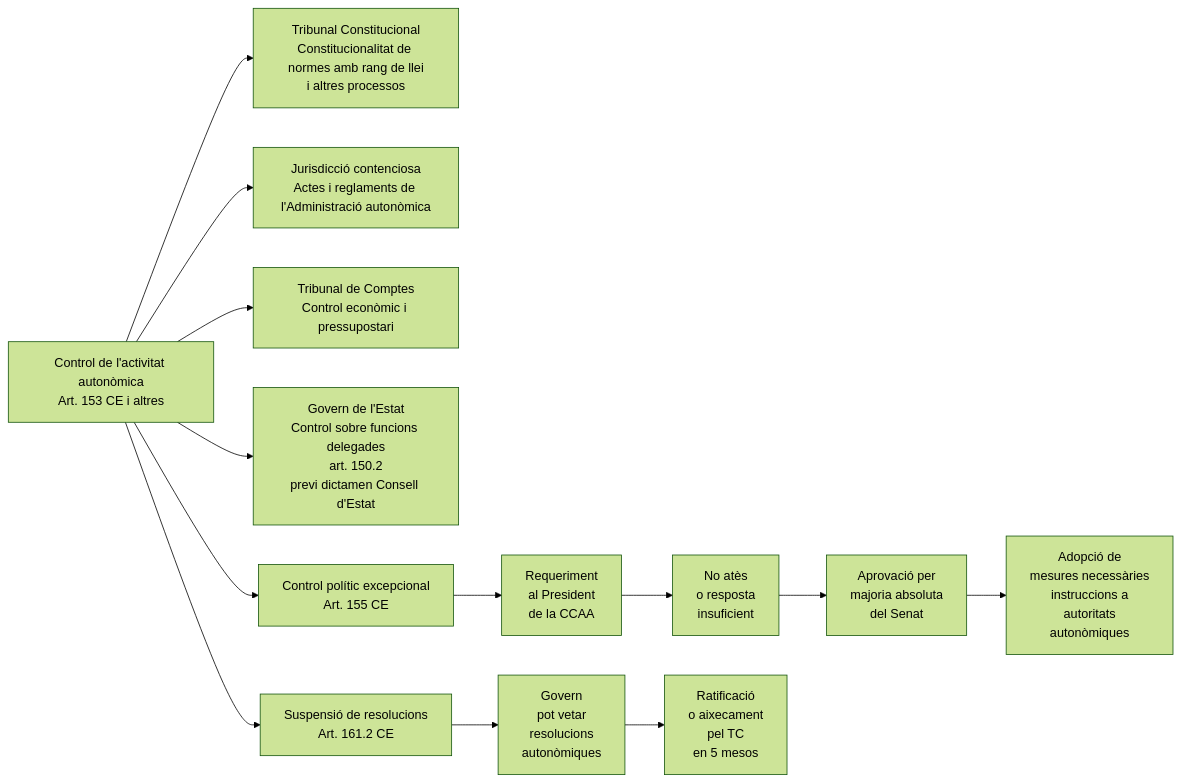
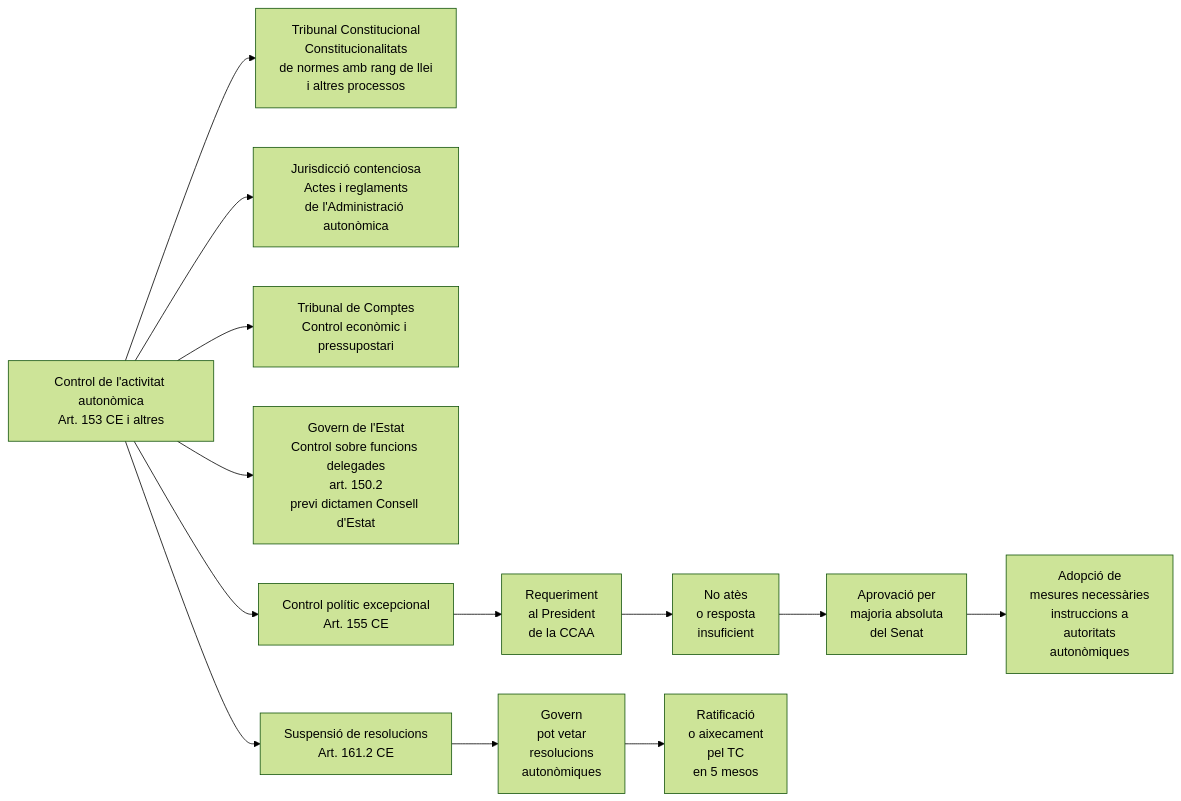
Before and after one commit to alexmorato/sticdopos: the seventh of 8 diagrams in apunts_new/T08/T08-Apunts-Xavi-Diagrames-deepseek.md, drawn with Mermaid (forest theme). The commit also changed other lines of this file and 3 other files, not shown here.

````diff
--- a/apunts_new/T08/T08-Apunts-Xavi-Diagrames-deepseek.md
+++ b/apunts_new/T08/T08-Apunts-Xavi-Diagrames-deepseek.md
@@ -179,17 +179,17 @@
 ```mermaid
 flowchart LR
-    Control[Control de l'activitat autonòmica<br>Art. 153 CE i altres] --> TC[Tribunal Constitucional<br>Constitucionalitat de normes amb rang de llei<br>i altres processos]
-    Control --> Contenciós[Jurisdicció contenciosa<br>Actes i reglaments de l'Administració autonòmica]
+    Control[Control de l'activitat autonòmica<br>Art. 153 CE i altres] --> TC[Tribunal Constitucional<br>Constitucionalitats<br>de normes amb rang de llei<br>i altres processos]
+    Control --> Contenciós[Jurisdicció contenciosa<br>Actes i reglaments<br>de l'Administració autonòmica]
     Control --> TribunalComptes[Tribunal de Comptes<br>Control econòmic i pressupostari]
     Control --> Govern[Govern de l'Estat<br>Control sobre funcions delegades<br>art. 150.2<br>previ dictamen Consell d'Estat]
     
     Control --> Politic[Control polític excepcional<br>Art. 155 CE]
     Politic --> Requeriment[Requeriment<br>al President<br>de la CCAA]
     Requeriment --> NoAtès[No atès<br>o resposta<br>insuficient]
     NoAtès --> Senat[Aprovació per<br>majoria absoluta<br>del Senat]
     Senat --> Mesures[Adopció de<br>mesures necessàries<br>instruccions a<br>autoritats<br>autonòmiques]
     
     Control --> Suspensió[Suspensió de resolucions<br>Art. 161.2 CE]
     Suspensió --> Veto[Govern<br>pot vetar<br>resolucions<br>autonòmiques]
     Veto --> Ratificació[Ratificació<br>o aixecament<br>pel TC<br>en 5 mesos]
 ```
````
